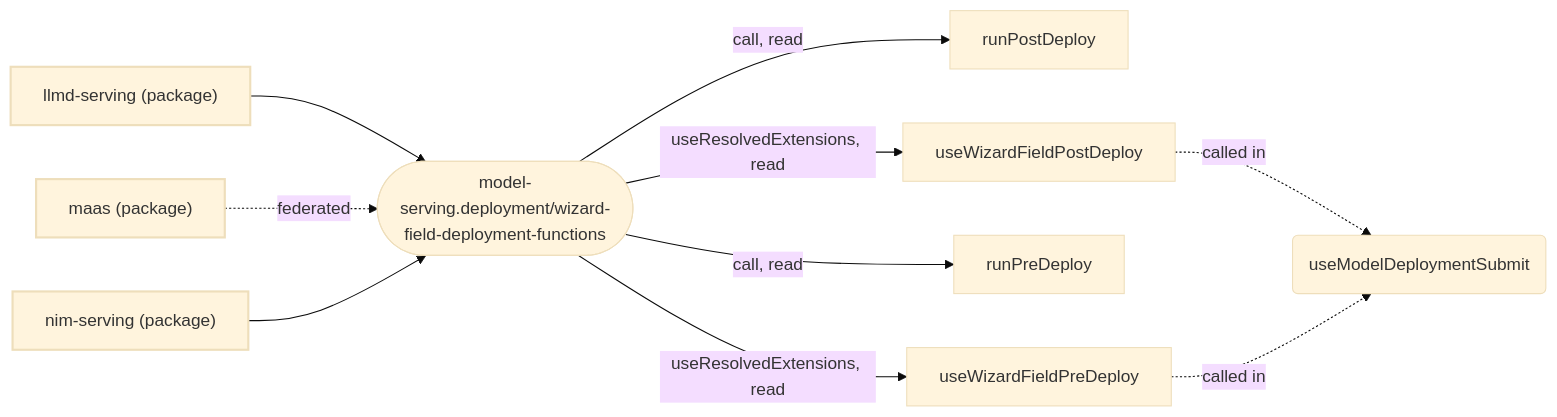
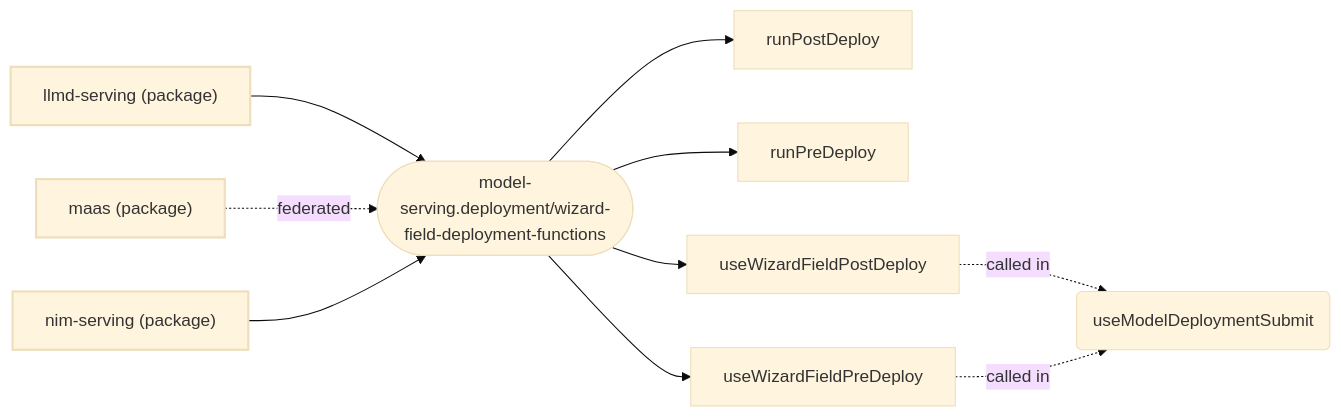
The eighth of 19 diagrams in packages/model-serving/docs/extensions.md (mturley/odh-dashboard), drawn with Mermaid (base theme) before and after one commit. The commit also changed other lines of this file and 28 other files, not shown here.

````diff
--- a/packages/model-serving/docs/extensions.md
+++ b/packages/model-serving/docs/extensions.md
@@ -521,23 +615,23 @@
 ```mermaid
 flowchart LR
   classDef pkg stroke-width:2px
   classDef point stroke-width:1px
   n_pkg__odh_dashboard_llmd_serving_3e146e["llmd-serving (package)"]:::pkg
   n_pkg__odh_dashboard_maas_87d494["maas (package)"]:::pkg
   n_pkg__odh_dashboard_nim_serving_241793["nim-serving (package)"]:::pkg
   n_model_serving_deployment_wizard_field_deployment_functions_dd7c85(["model-serving.deployment/wizard-field-deployment-functions"]):::point
   n_pkg__odh_dashboard_llmd_serving_3e146e --> n_model_serving_deployment_wizard_field_deployment_functions_dd7c85
   n_pkg__odh_dashboard_maas_87d494 -. "federated" .-> n_model_serving_deployment_wizard_field_deployment_functions_dd7c85
   n_pkg__odh_dashboard_nim_serving_241793 --> n_model_serving_deployment_wizard_field_deployment_functions_dd7c85
   n_symbol_packages_model_serving_src_components_deploymentWizard_deploying_useWizardFieldPostDeploy_ts_runPostDeploy_caa022["runPostDeploy"]
-  n_model_serving_deployment_wizard_field_deployment_functions_dd7c85 -- "call, read" --> n_symbol_packages_model_serving_src_components_deploymentWizard_deploying_useWizardFieldPostDeploy_ts_runPostDeploy_caa022
+  n_model_serving_deployment_wizard_field_deployment_functions_dd7c85 --> n_symbol_packages_model_serving_src_components_deploymentWizard_deploying_useWizardFieldPostDeploy_ts_runPostDeploy_caa022
+  n_symbol_packages_model_serving_src_components_deploymentWizard_deploying_useWizardFieldPreDeploy_ts_runPreDeploy_118432["runPreDeploy"]
+  n_model_serving_deployment_wizard_field_deployment_functions_dd7c85 --> n_symbol_packages_model_serving_src_components_deploymentWizard_deploying_useWizardFieldPreDeploy_ts_runPreDeploy_118432
   n_symbol_packages_model_serving_src_components_deploymentWizard_deploying_useWizardFieldPostDeploy_ts_useWizardFieldPostDeploy_4e3f3f["useWizardFieldPostDeploy"]
-  n_model_serving_deployment_wizard_field_deployment_functions_dd7c85 -- "useResolvedExtensions, read" --> n_symbol_packages_model_serving_src_components_deploymentWizard_deploying_useWizardFieldPostDeploy_ts_useWizardFieldPostDeploy_4e3f3f
-  n_symbol_packages_model_serving_src_components_deploymentWizard_deploying_useWizardFieldPreDeploy_ts_runPreDeploy_118432["runPreDeploy"]
-  n_model_serving_deployment_wizard_field_deployment_functions_dd7c85 -- "call, read" --> n_symbol_packages_model_serving_src_components_deploymentWizard_deploying_useWizardFieldPreDeploy_ts_runPreDeploy_118432
+  n_model_serving_deployment_wizard_field_deployment_functions_dd7c85 --> n_symbol_packages_model_serving_src_components_deploymentWizard_deploying_useWizardFieldPostDeploy_ts_useWizardFieldPostDeploy_4e3f3f
   n_symbol_packages_model_serving_src_components_deploymentWizard_deploying_useWizardFieldPreDeploy_ts_useWizardFieldPreDeploy_9dbe1f["useWizardFieldPreDeploy"]
-  n_model_serving_deployment_wizard_field_deployment_functions_dd7c85 -- "useResolvedExtensions, read" --> n_symbol_packages_model_serving_src_components_deploymentWizard_deploying_useWizardFieldPreDeploy_ts_useWizardFieldPreDeploy_9dbe1f
+  n_model_serving_deployment_wizard_field_deployment_functions_dd7c85 --> n_symbol_packages_model_serving_src_components_deploymentWizard_deploying_useWizardFieldPreDeploy_ts_useWizardFieldPreDeploy_9dbe1f
   n_symbol_packages_model_serving_src_components_deploymentWizard_deploying_useModelDeploymentSubmit_ts_useModelDeploymentSubmit_61e0df("useModelDeploymentSubmit")
   n_symbol_packages_model_serving_src_components_deploymentWizard_deploying_useWizardFieldPostDeploy_ts_useWizardFieldPostDeploy_4e3f3f -. "called in" .-> n_symbol_packages_model_serving_src_components_deploymentWizard_deploying_useModelDeploymentSubmit_ts_useModelDeploymentSubmit_61e0df
   n_symbol_packages_model_serving_src_components_deploymentWizard_deploying_useWizardFieldPreDeploy_ts_useWizardFieldPreDeploy_9dbe1f -. "called in" .-> n_symbol_packages_model_serving_src_components_deploymentWizard_deploying_useModelDeploymentSubmit_ts_useModelDeploymentSubmit_61e0df
 ```
````
